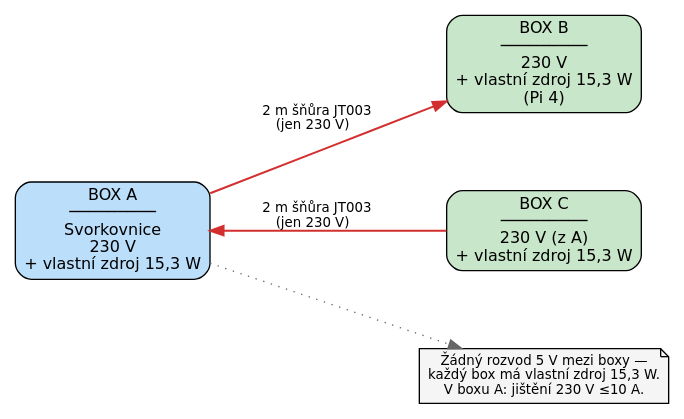
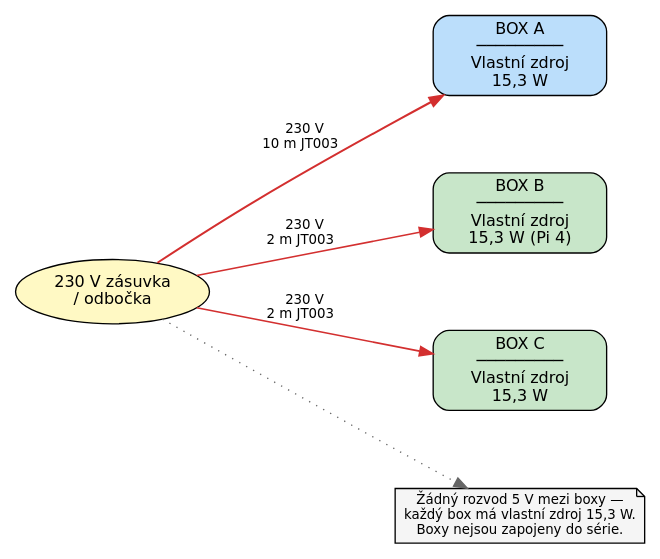
One commit to K0F/1938_ABC changed the diagram in docs/dot/sch_09_power_dist.dot. Above: the diagram before and after it, drawn with Graphviz. The commit also changed 8 other files, not shown here.

```diff
--- a/docs/dot/sch_09_power_dist.dot
+++ b/docs/dot/sch_09_power_dist.dot
@@ -1,19 +1,23 @@
-// SCH §6 — Napájení — jeden jednotný rozvod
+// SCH §6 — Napájení — každý box samostatně do zásuvky 230 V
 digraph G {
     graph [fontname="DejaVu Sans" rankdir=LR bgcolor="white" nodesep=0.8 ranksep=1.0];
 node [fontname="DejaVu Sans" fontsize=12 style="filled"];
 edge [fontname="DejaVu Sans" fontsize=10];
 
+// 230V source
+siet [label="230 V zásuvka\n/ odbočka" shape=oval fillcolor="#fff9c4"];
+
 // Boxes
-boxA [label="BOX A\n─────────\nSvorkovnice\n230 V\n+ vlastní zdroj 15,3 W" shape=box style="filled,rounded" fillcolor="#bbdefb" width=1.8];
-boxB [label="BOX B\n─────────\n230 V\n+ vlastní zdroj 15,3 W\n(Pi 4)" shape=box style="filled,rounded" fillcolor="#c8e6c9" width=1.8];
-boxC [label="BOX C\n─────────\n230 V (z A)\n+ vlastní zdroj 15,3 W" shape=box style="filled,rounded" fillcolor="#c8e6c9" width=1.8];
+boxA [label="BOX A\n─────────\nVlastní zdroj\n15,3 W" shape=box style="filled,rounded" fillcolor="#bbdefb" width=1.8];
+boxB [label="BOX B\n─────────\nVlastní zdroj\n15,3 W (Pi 4)" shape=box style="filled,rounded" fillcolor="#c8e6c9" width=1.8];
+boxC [label="BOX C\n─────────\nVlastní zdroj\n15,3 W" shape=box style="filled,rounded" fillcolor="#c8e6c9" width=1.8];
 
-// Cables — jen 230 V, 5 V se nerozvádí
-boxA -> boxB [label="  2 m šňůra JT003\n  (jen 230 V)  " color="#d32f2f" penwidth=1.5];
-boxA -> boxC [label="  2 m šňůra JT003\n  (jen 230 V)  " color="#d32f2f" penwidth=1.5 dir=back];
+// Cables — každý box jde do zásuvky samostatně, jen 230 V, 5 V se nerozvádí
+siet -> boxA [label="  230 V\n  10 m JT003  " color="#d32f2f" penwidth=1.5];
+siet -> boxB [label="  230 V\n  2 m JT003  " color="#d32f2f" penwidth=1.2];
+siet -> boxC [label="  230 V\n  2 m JT003  " color="#d32f2f" penwidth=1.2];
 
 // Notes
-note [label="Žádný rozvod 5 V mezi boxy —\nkaždý box má vlastní zdroj 15,3 W.\nV boxu A: jištění 230 V ≤10 A." shape=note fillcolor="#f5f5f5" fontsize=10];
-boxA -> note [style=dotted color="#666666"];
+note [label="Žádný rozvod 5 V mezi boxy —\nkaždý box má vlastní zdroj 15,3 W.\nBoxy nejsou zapojeny do série." shape=note fillcolor="#f5f5f5" fontsize=10];
+siet -> note [style=dotted color="#666666"];
 }
```
